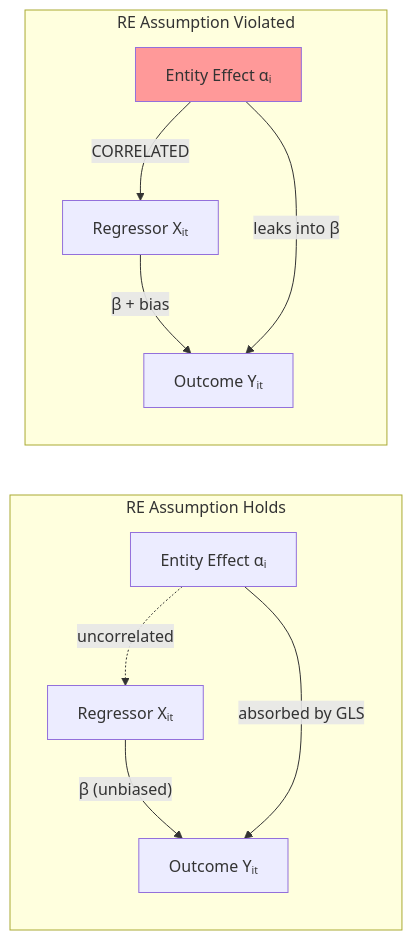
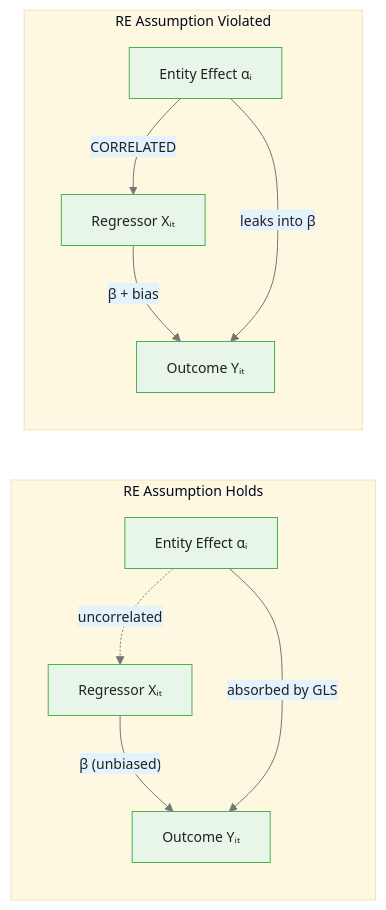
The second of 4 diagrams in courses/panel-regression/modules/module_03_random_effects/guides/02_random_effects_assumptions_slides.md (m-deane/course-creator), drawn with Mermaid before and after one commit. The commit also changed other lines of this file and 79 other files, not shown here.

````diff
--- a/courses/panel-regression/modules/module_03_random_effects/guides/02_random_effects_assumptions_slides.md
+++ b/courses/panel-regression/modules/module_03_random_effects/guides/02_random_effects_assumptions_slides.md
@@ -81,15 +100,15 @@
 ```mermaid
+%%{init: {"theme": "base", "themeVariables": {"primaryColor": "#e8f5e9", "primaryBorderColor": "#4caf50", "primaryTextColor": "#212121", "secondaryColor": "#e3f2fd", "tertiaryColor": "#fff8e1", "lineColor": "#757575", "fontFamily": "Inter, sans-serif", "fontSize": "14px"}}}%%
 flowchart LR
     subgraph "RE Assumption Holds"
         U1["Entity Effect αᵢ"] -.->|"uncorrelated"| X1["Regressor Xᵢₜ"]
         X1 -->|"β (unbiased)"| Y1["Outcome Yᵢₜ"]
         U1 -->|"absorbed by GLS"| Y1
     end
 
     subgraph "RE Assumption Violated"
         U2["Entity Effect αᵢ"] -->|"CORRELATED"| X2["Regressor Xᵢₜ"]
         X2 -->|"β + bias"| Y2["Outcome Yᵢₜ"]
         U2 -->|"leaks into β"| Y2
-        style U2 fill:#f99
-    end
+            end
 ```
````
